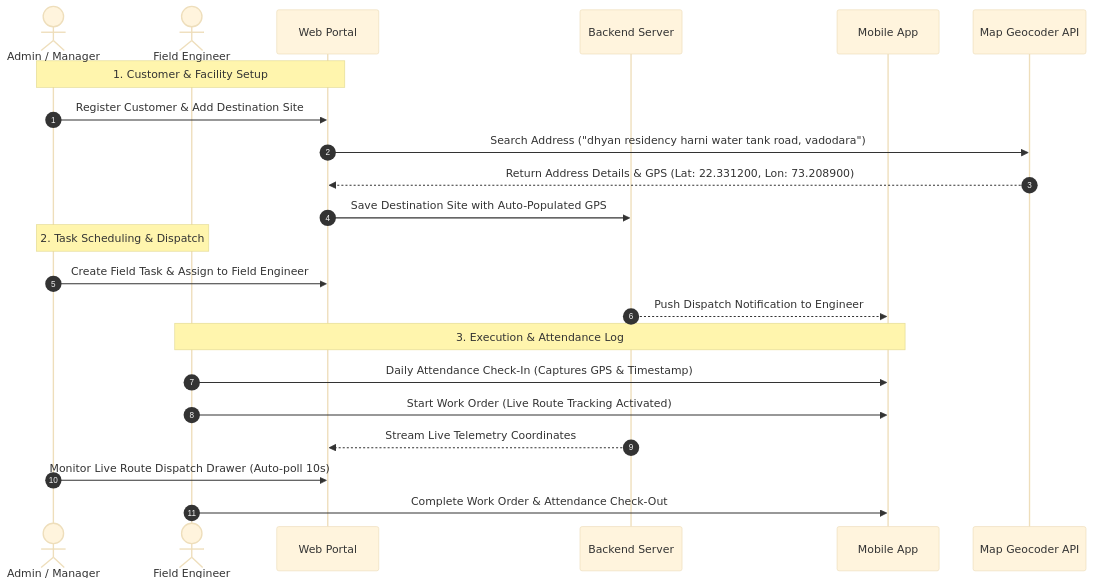
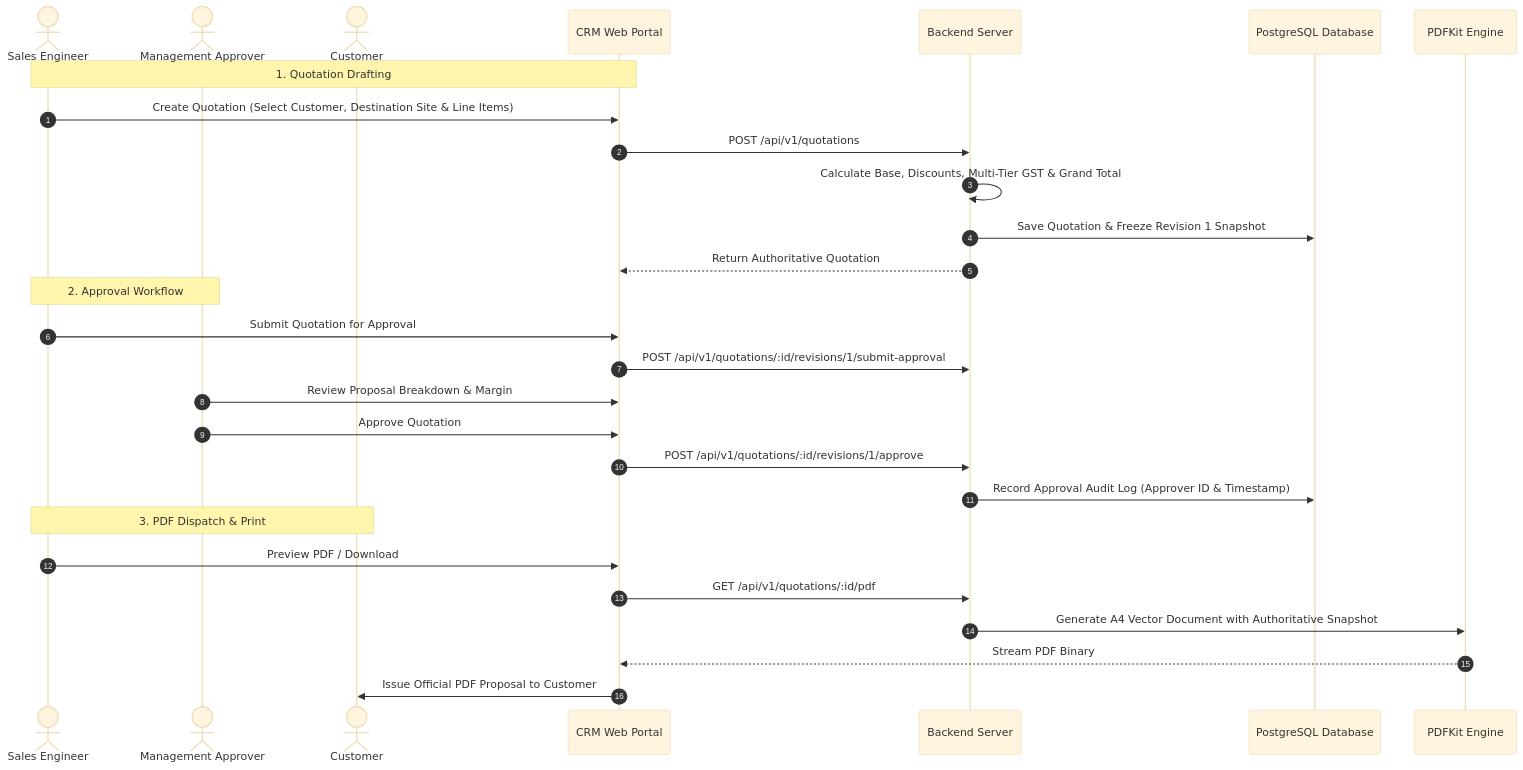
The second of 2 diagrams in PROJECT_DOCUMENTATION.md (PatelRonak123/Taneja-Power-CRM), drawn with Mermaid (base theme) before and after one commit. The commit also changed other lines of this file and 42 other files, not shown here.

Commit message:
feat: implement quotation module with database schema, backend services, PDF generation, and frontend UI pages

````diff
--- a/PROJECT_DOCUMENTATION.md
+++ b/PROJECT_DOCUMENTATION.md
@@ -39,27 +42,33 @@
 ```mermaid
 sequenceDiagram
     autonumber
-    actor Admin as Admin / Manager
-    actor Eng as Field Engineer
-    participant Web as Web Portal
+    actor Sales as Sales Engineer
+    actor Mgr as Management Approver
+    actor Cust as Customer
+    participant Web as CRM Web Portal
     participant API as Backend Server
-    participant Mobile as Mobile App
-    participant Geo as Map Geocoder API
+    participant DB as PostgreSQL Database
+    participant PDF as PDFKit Engine
 
-    Note over Admin, Web: 1. Customer & Facility Setup
-    Admin->>Web: Register Customer & Add Destination Site
-    Web->>Geo: Search Address ("dhyan residency harni water tank road, vadodara")
-    Geo-->>Web: Return Address Details & GPS (Lat: 22.331200, Lon: 73.208900)
-    Web->>API: Save Destination Site with Auto-Populated GPS
-    
-    Note over Admin, Eng: 2. Task Scheduling & Dispatch
-    Admin->>Web: Create Field Task & Assign to Field Engineer
-    API-->>Mobile: Push Dispatch Notification to Engineer
-    
-    Note over Eng, Mobile: 3. Execution & Attendance Log
-    Eng->>Mobile: Daily Attendance Check-In (Captures GPS & Timestamp)
-    Eng->>Mobile: Start Work Order (Live Route Tracking Activated)
-    API-->>Web: Stream Live Telemetry Coordinates
-    Admin->>Web: Monitor Live Route Dispatch Drawer (Auto-poll 10s)
-    Eng->>Mobile: Complete Work Order & Attendance Check-Out
+    Note over Sales, Web: 1. Quotation Drafting
+    Sales->>Web: Create Quotation (Select Customer, Destination Site & Line Items)
+    Web->>API: POST /api/v1/quotations
+    API->>API: Calculate Base, Discounts, Multi-Tier GST & Grand Total
+    API->>DB: Save Quotation & Freeze Revision 1 Snapshot
+    API-->>Web: Return Authoritative Quotation
+
+    Note over Sales, Mgr: 2. Approval Workflow
+    Sales->>Web: Submit Quotation for Approval
+    Web->>API: POST /api/v1/quotations/:id/revisions/1/submit-approval
+    Mgr->>Web: Review Proposal Breakdown & Margin
+    Mgr->>Web: Approve Quotation
+    Web->>API: POST /api/v1/quotations/:id/revisions/1/approve
+    API->>DB: Record Approval Audit Log (Approver ID & Timestamp)
+
+    Note over Sales, Cust: 3. PDF Dispatch & Print
+    Sales->>Web: Preview PDF / Download
+    Web->>API: GET /api/v1/quotations/:id/pdf
+    API->>PDF: Generate A4 Vector Document with Authoritative Snapshot
+    PDF-->>Web: Stream PDF Binary
+    Web->>Cust: Issue Official PDF Proposal to Customer
 ```
````
